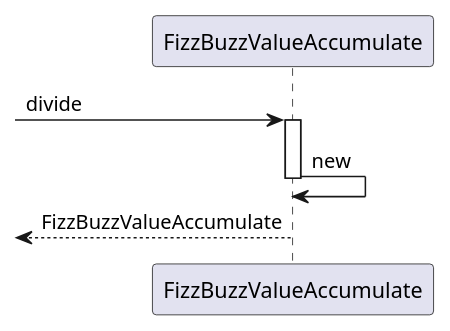
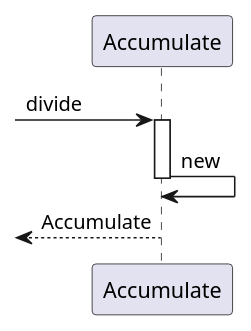
Before and after one commit to k2works/etude_for_java: the sixth of 8 diagrams in docs/src/fizzbuzz.md, drawn with PlantUML. The commit also changed other lines of this file and 9 other files, not shown here.

First line of the commit message:
FizzBuzz #EFJ-8

````diff
--- a/docs/src/fizzbuzz.md
+++ b/docs/src/fizzbuzz.md
@@ -146,9 +149,9 @@
 ```puml
 @startuml
-   -> FizzBuzzValueAccumulate :divide
-   activate FizzBuzzValueAccumulate
-      FizzBuzzValueAccumulate -> FizzBuzzValueAccumulate :new
-   deactivate FizzBuzzValueAccumulate
-   <-- FizzBuzzValueAccumulate :FizzBuzzValueAccumulate
+   -> Accumulate :divide
+   activate Accumulate
+      Accumulate -> Accumulate :new
+   deactivate Accumulate
+   <-- Accumulate :Accumulate
 @enduml
 ```
````
